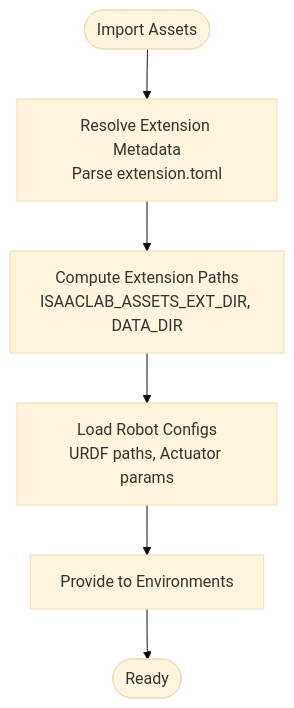
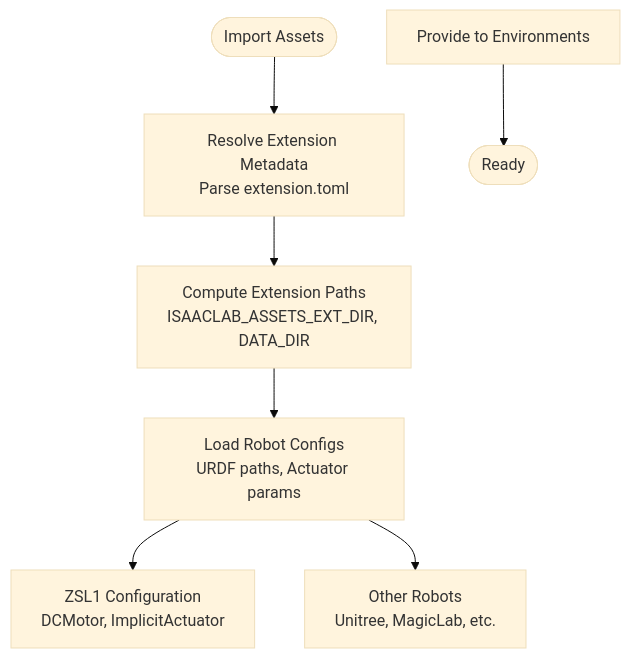
Before and after one commit to jayjayhust/robot_lab: the fourth of 6 diagrams in .qoder/repowiki/en/content/Project Overview/Introduction and Purpose.md, drawn with Mermaid (base theme). The commit also changed other lines of this file and 8 other files, not shown here.

````diff
--- a/.qoder/repowiki/en/content/Project Overview/Introduction and Purpose.md
+++ b/.qoder/repowiki/en/content/Project Overview/Introduction and Purpose.md
@@ -171,8 +206,10 @@
 ```mermaid
 flowchart TD
 Start(["Import Assets"]) --> Resolve["Resolve Extension Metadata<br/>Parse extension.toml"]
 Resolve --> Paths["Compute Extension Paths<br/>ISAACLAB_ASSETS_EXT_DIR, DATA_DIR"]
 Paths --> Load["Load Robot Configs<br/>URDF paths, Actuator params"]
-Load --> Use["Provide to Environments"]
+Load --> ZSL1["ZSL1 Configuration<br/>DCMotor, ImplicitActuator"]
+Load --> Other["Other Robots<br/>Unitree, MagicLab, etc."]
+Use["Provide to Environments"]
 Use --> End(["Ready"])
 ```
````
